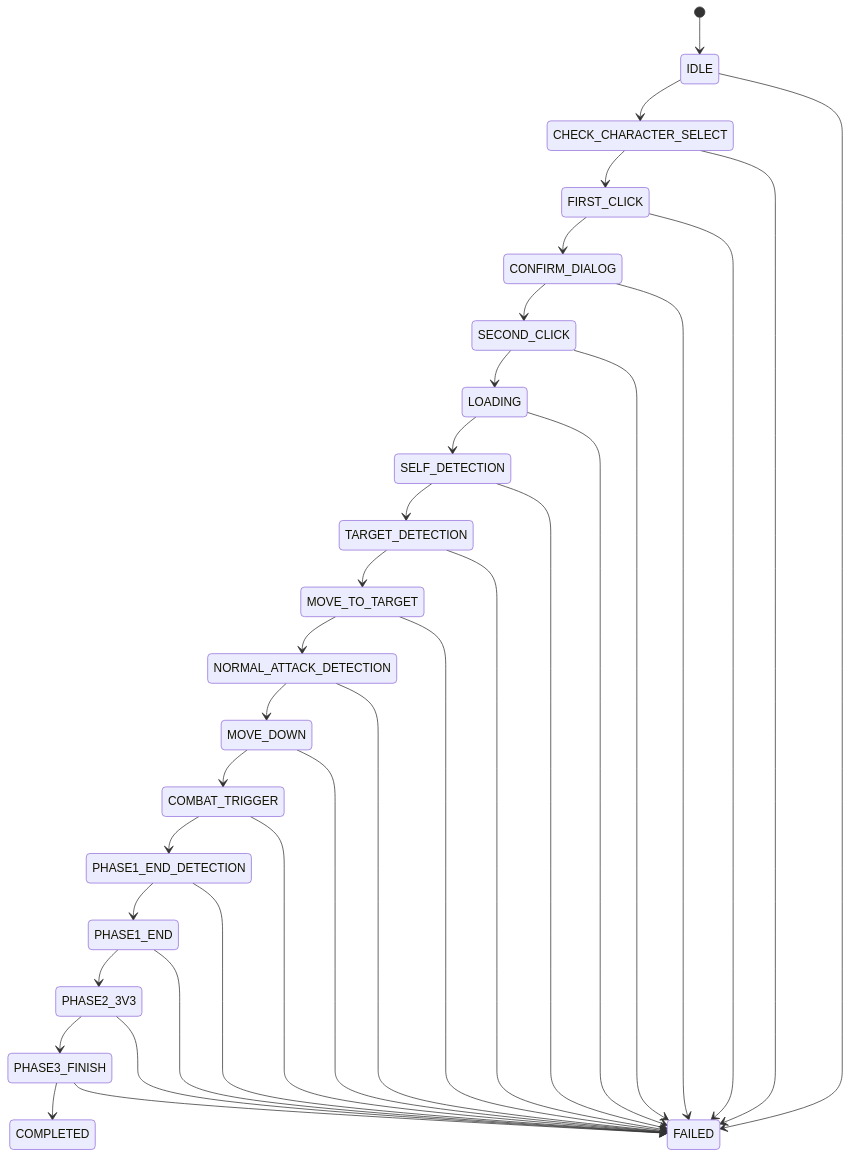
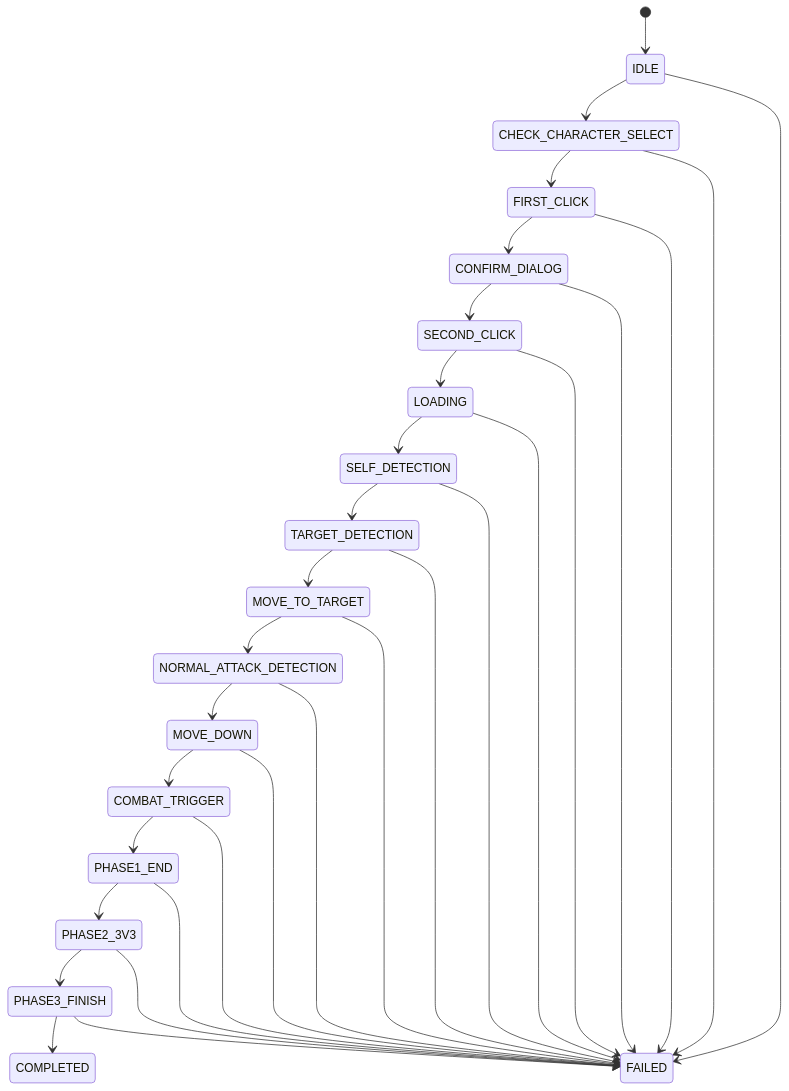
Before and after one commit to xsy098-max/ok-jump: the fifth of 7 diagrams in .qoder/repowiki/zh/content/任务系统/自动教程任务.md, drawn with Mermaid. The commit also changed other lines of this file and 22 other files, not shown here.

````diff
--- a/.qoder/repowiki/zh/content/任务系统/自动教程任务.md
+++ b/.qoder/repowiki/zh/content/任务系统/自动教程任务.md
@@ -338,36 +382,34 @@
 ```mermaid
 stateDiagram-v2
 [*] --> IDLE
 IDLE --> CHECK_CHARACTER_SELECT
 CHECK_CHARACTER_SELECT --> FIRST_CLICK
 FIRST_CLICK --> CONFIRM_DIALOG
 CONFIRM_DIALOG --> SECOND_CLICK
 SECOND_CLICK --> LOADING
 LOADING --> SELF_DETECTION
 SELF_DETECTION --> TARGET_DETECTION
 TARGET_DETECTION --> MOVE_TO_TARGET
 MOVE_TO_TARGET --> NORMAL_ATTACK_DETECTION
 NORMAL_ATTACK_DETECTION --> MOVE_DOWN
 MOVE_DOWN --> COMBAT_TRIGGER
-COMBAT_TRIGGER --> PHASE1_END_DETECTION
-PHASE1_END_DETECTION --> PHASE1_END
+COMBAT_TRIGGER --> PHASE1_END
 PHASE1_END --> PHASE2_3V3
 PHASE2_3V3 --> PHASE3_FINISH
 PHASE3_FINISH --> COMPLETED
 IDLE --> FAILED
 CHECK_CHARACTER_SELECT --> FAILED
 FIRST_CLICK --> FAILED
 CONFIRM_DIALOG --> FAILED
 SECOND_CLICK --> FAILED
 LOADING --> FAILED
 SELF_DETECTION --> FAILED
 TARGET_DETECTION --> FAILED
 MOVE_TO_TARGET --> FAILED
 NORMAL_ATTACK_DETECTION --> FAILED
 MOVE_DOWN --> FAILED
 COMBAT_TRIGGER --> FAILED
-PHASE1_END_DETECTION --> FAILED
 PHASE1_END --> FAILED
 PHASE2_3V3 --> FAILED
 PHASE3_FINISH --> FAILED
 ```
````
